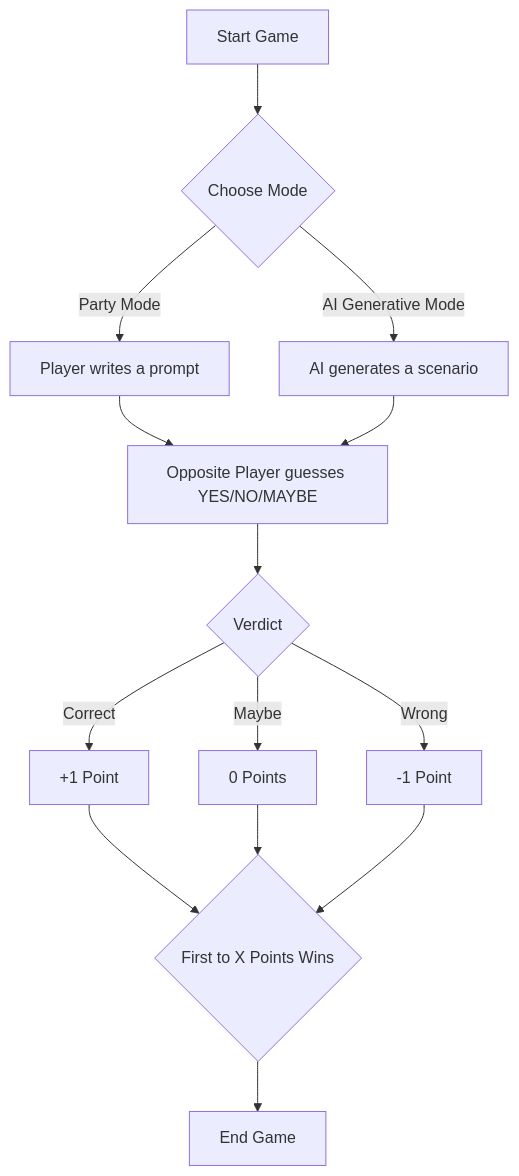
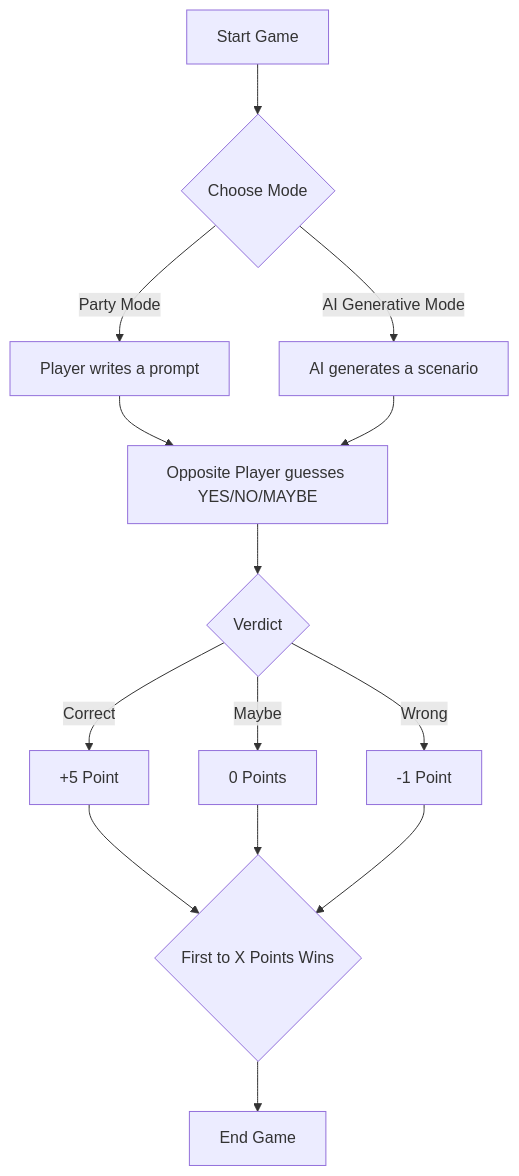
Before and after one commit to Kuberwastaken/Law-and-Disorder: the diagram in README.md, drawn with Mermaid. The commit also changed other lines of this file, not shown here.

````diff
--- a/README.md
+++ b/README.md
@@ -77,16 +81,16 @@
 ```mermaid
 flowchart TD
     A[Start Game] --> B{Choose Mode}
     B --> |Party Mode| C[Player writes a prompt]
     C --> D[Opposite Player guesses YES/NO/MAYBE]
     D --> E{Verdict}
-    E --> |Correct| F[+1 Point]
+    E --> |Correct| F[+5 Point]
     E --> |Maybe| G[0 Points]
     E --> |Wrong| H[-1 Point]
     F --> I{First to X Points Wins}
     G --> I
     H --> I
     B --> |AI Generative Mode| J[AI generates a scenario]
     J --> D
     I --> K[End Game]
 ```
````
